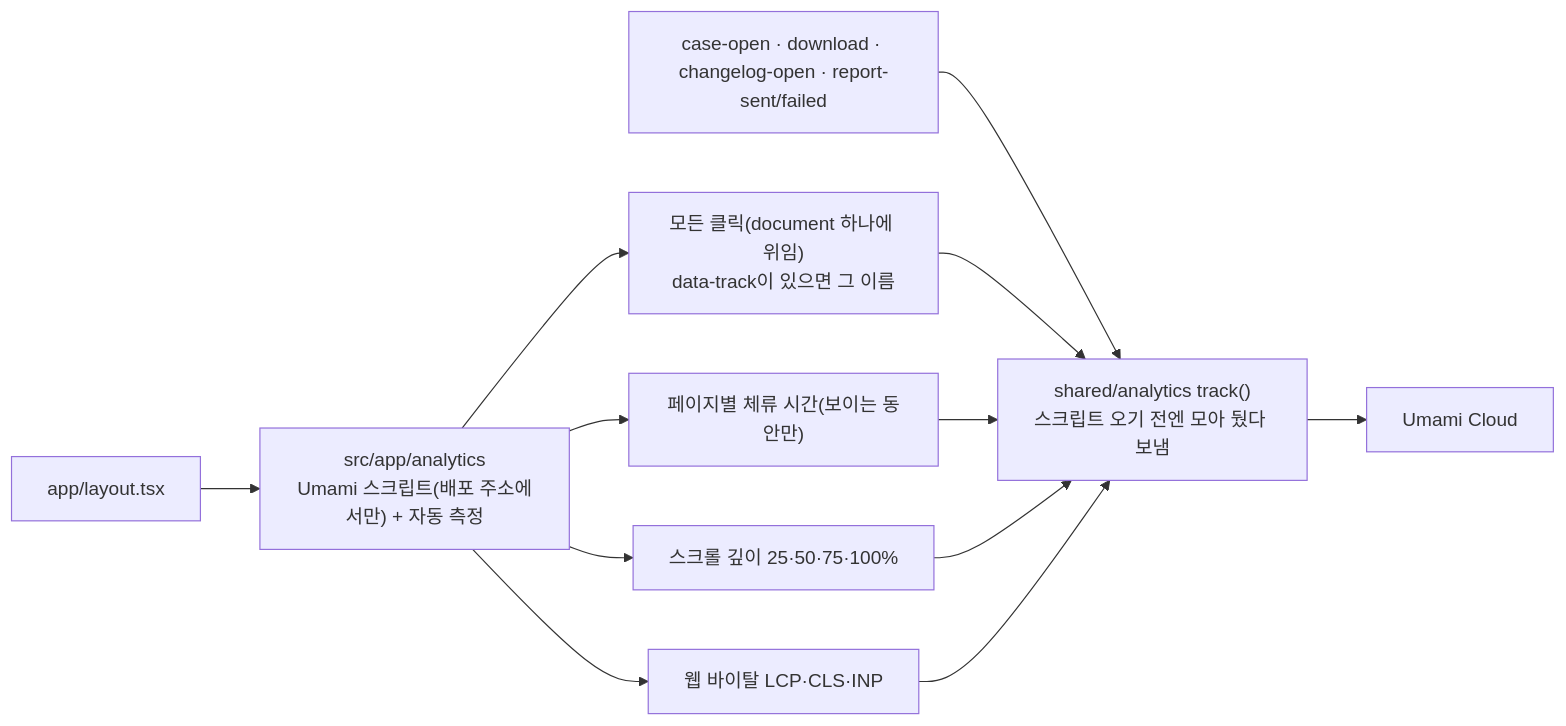
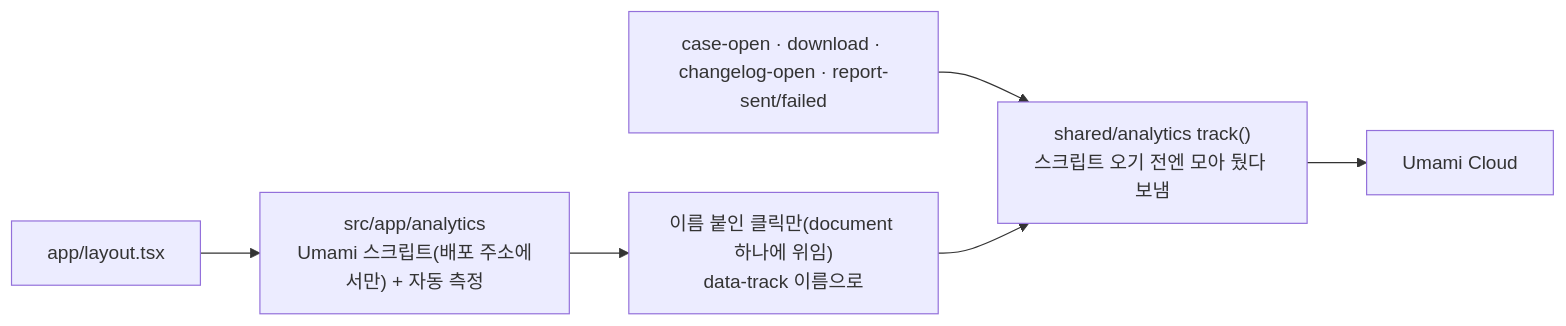
Before and after one commit to arqhive/arqhive-web: the eighth of 16 diagrams in app-flow.md, drawn with Mermaid. The commit also changed other lines of this file and 6 other files, not shown here.

````diff
--- a/app-flow.md
+++ b/app-flow.md
@@ -219,11 +219,8 @@
 ```mermaid
 flowchart LR
   layout["app/layout.tsx"] --> an["src/app/analytics<br/>Umami 스크립트(배포 주소에서만) + 자동 측정"]
-  an --> clk["모든 클릭(document 하나에 위임)<br/>data-track이 있으면 그 이름"]
-  an --> stay["페이지별 체류 시간(보이는 동안만)"]
-  an --> depth["스크롤 깊이 25·50·75·100%"]
-  an --> wv["웹 바이탈 LCP·CLS·INP"]
+  an --> clk["이름 붙인 클릭만(document 하나에 위임)<br/>data-track 이름으로"]
   other["case-open · download · changelog-open · report-sent/failed"] --> track["shared/analytics track()<br/>스크립트 오기 전엔 모아 뒀다 보냄"]
-  clk & stay & depth & wv --> track
+  clk --> track
   track --> U["Umami Cloud"]
 ```
````
